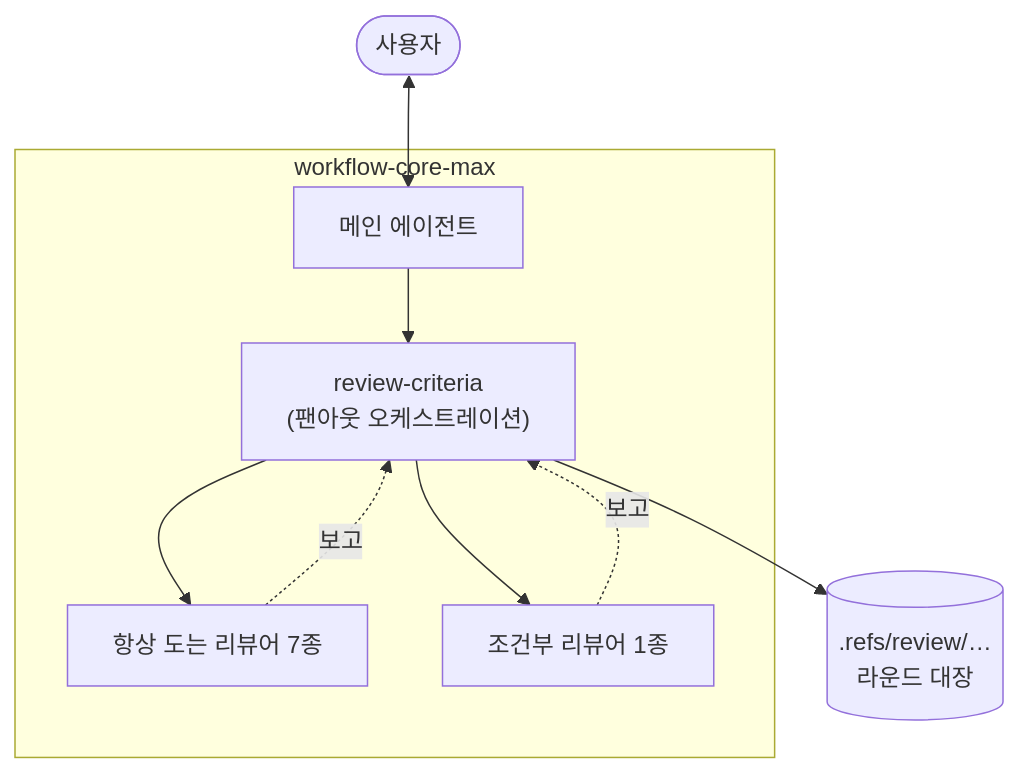
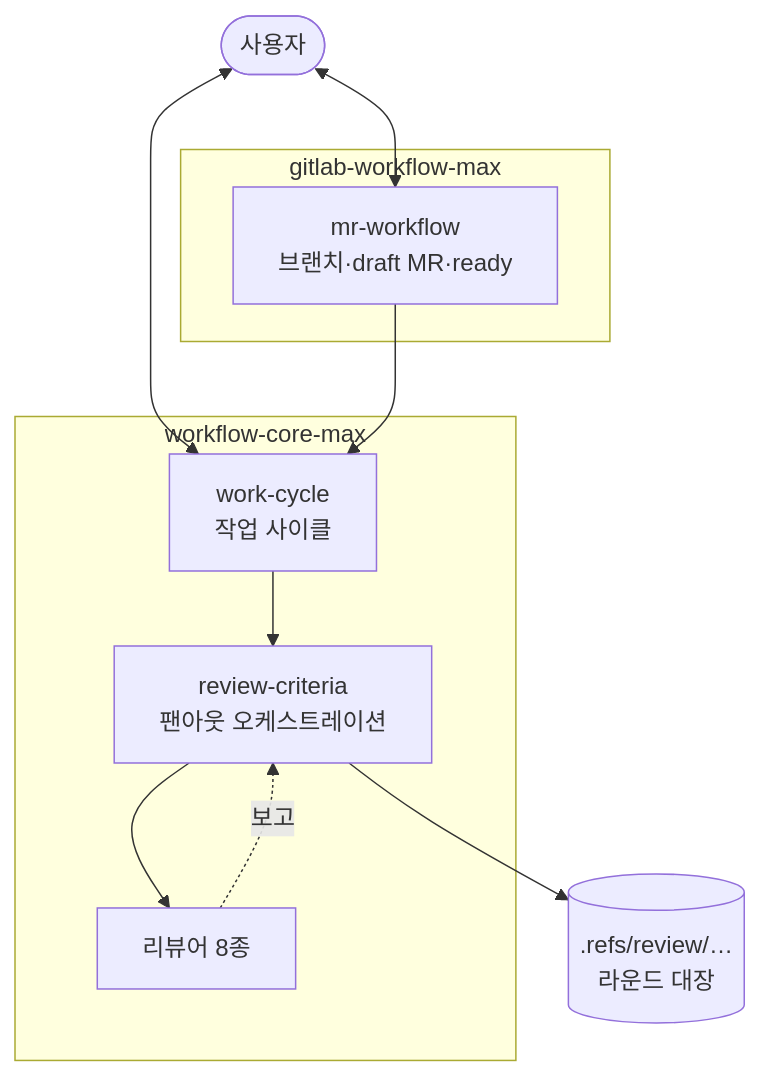
Before and after one commit to nil-park/claude-workflow-kit: the diagram in docs/architecture/max-plugins.md, drawn with Mermaid. The commit also changed other lines of this file and 7 other files, not shown here.

First line of the commit message:
Add work-cycle and gitlab-workflow-max

````diff
--- a/docs/architecture/max-plugins.md
+++ b/docs/architecture/max-plugins.md
@@ -10,15 +10,20 @@
 ```mermaid
 flowchart TB
-  subgraph core["workflow-core-max"]
-    M["메인 에이전트"]
-    RC["review-criteria<br/>(팬아웃 오케스트레이션)"]
-    A1["항상 도는 리뷰어 7종"]
-    A2["조건부 리뷰어 1종"]
+  subgraph gl["gitlab-workflow-max"]
+    MR["mr-workflow<br/>브랜치·draft MR·ready"]
   end
 
-  U([사용자]) <--> M
-  M --> RC
-  RC --> A1 & A2
-  A1 & A2 -.보고.-> RC
+  subgraph core["workflow-core-max"]
+    WC["work-cycle<br/>작업 사이클"]
+    RC["review-criteria<br/>팬아웃 오케스트레이션"]
+    AG["리뷰어 8종"]
+  end
+
+  U([사용자]) <--> WC
+  U <--> MR
+  MR --> WC
+  WC --> RC
+  RC --> AG
+  AG -.보고.-> RC
   RC --> L[(".refs/review/…<br/>라운드 대장")]
 ```
````
